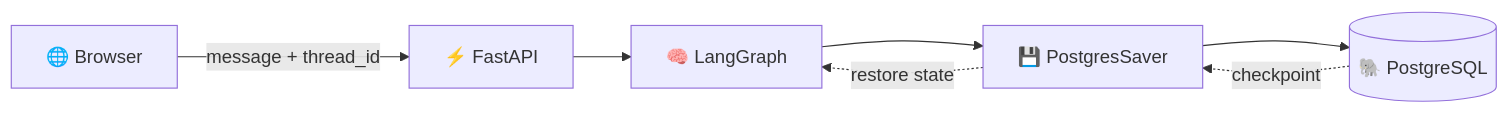
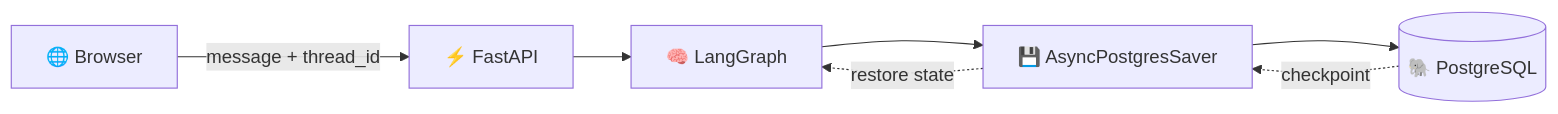
One commit to itsapexdanav/TripPlaner-AI--A-multi-Agent-Travel-Planner-With-MCP changed the third of 4 diagrams in README.md. Above: the diagram before and after it, drawn with Mermaid. The commit also changed other lines of this file, not shown here.

````diff
--- a/README.md
+++ b/README.md
@@ -549,21 +766,21 @@
 ```mermaid
 flowchart LR
 
-    B["🌐 Browser"]
+    UI["🌐 Browser"]
 
     API["⚡ FastAPI"]
 
     LG["🧠 LangGraph"]
 
-    PS["💾 PostgresSaver"]
+    CP["💾 AsyncPostgresSaver"]
 
     DB[("🐘 PostgreSQL")]
 
-    B -->|"message + thread_id"| API
+    UI -->|"message + thread_id"| API
     API --> LG
-    LG --> PS
-    PS --> DB
+    LG --> CP
+    CP --> DB
 
-    DB -. checkpoint .-> PS
-    PS -. restore state .-> LG
+    DB -. checkpoint .-> CP
+    CP -. restore state .-> LG
 ```
````
